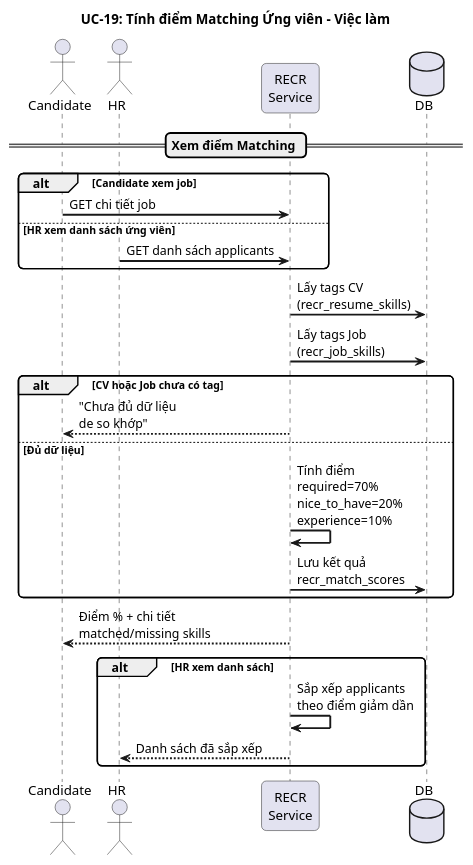
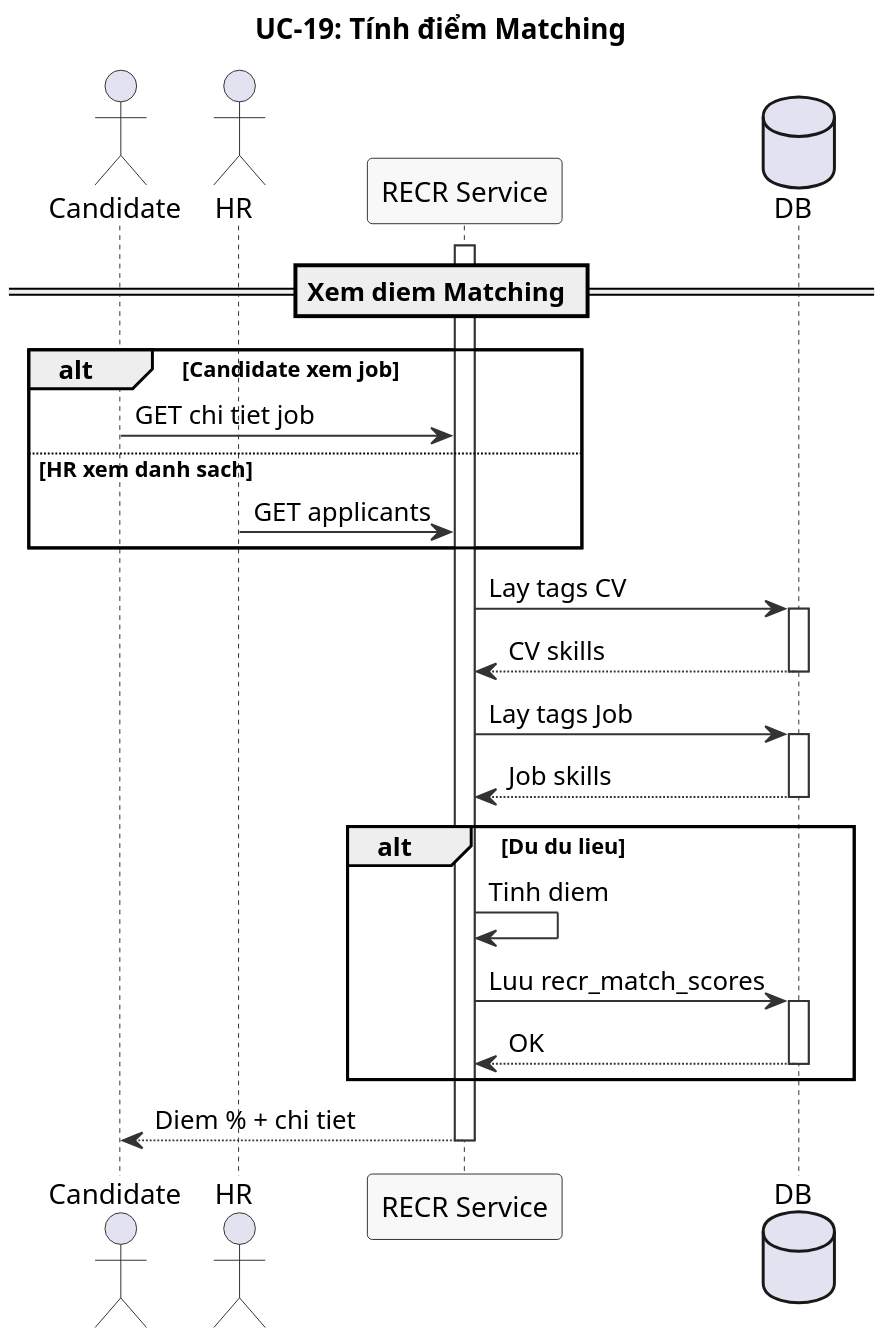
One commit to namnh240795/document changed the diagram in modules/recr/diagrams/sequence/uc19-matching-score-sequence.puml. Above: the diagram before and after it, drawn with PlantUML. The commit also changed 23 other files, not shown here.

First line of the commit message:
refactor(recr): standardize diagram style for UC-16 to UC-19

```diff
--- a/modules/recr/diagrams/sequence/uc19-matching-score-sequence.puml
+++ b/modules/recr/diagrams/sequence/uc19-matching-score-sequence.puml
@@ -1,37 +1,49 @@
-@startuml uc19-matching-score-sequence
-title UC-19: Tính điểm Matching Ứng viên - Việc làm
-skinparam backgroundColor white
-skinparam sequenceArrowThickness 2
-skinparam roundcorner 10
+@startuml
+' UC-19: Tính điểm Matching - Sơ đồ Chuỗi
+skinparam dpi 200
+skinparam sequence {
+  ArrowColor #333333
+  ActorBorderColor #333333
+  LifeLineBorderColor #333333
+  ParticipantBackgroundColor #F8F8F8
+  ParticipantBorderColor #333333
+}
+
+title UC-19: Tính điểm Matching
 
 actor "Candidate" as C
 actor "HR" as HR
-participant "RECR\nService" as R
+participant "RECR Service" as R
 database "DB" as DB
 
-== Xem điểm Matching ==
+== Xem diem Matching ==
 
 alt Candidate xem job
-  C -> R : GET chi tiết job
-else HR xem danh sách ứng viên
-  HR -> R : GET danh sách applicants
+  C -> R : GET chi tiet job
+else HR xem danh sach
+  HR -> R : GET applicants
+end
+activate R
+
+R -> DB : Lay tags CV
+activate DB
+DB --> R : CV skills
+deactivate DB
+
+R -> DB : Lay tags Job
+activate DB
+DB --> R : Job skills
+deactivate DB
+
+alt Du du lieu
+  R -> R : Tinh diem
+  R -> DB : Luu recr_match_scores
+  activate DB
+  DB --> R : OK
+  deactivate DB
 end
 
-R -> DB : Lấy tags CV\n(recr_resume_skills)
-R -> DB : Lấy tags Job\n(recr_job_skills)
-
-alt CV hoặc Job chưa có tag
-  R --> C : "Chưa đủ dữ liệu\nde so khớp"
-else Đủ dữ liệu
-  R -> R : Tính điểm\nrequired=70%\nnice_to_have=20%\nexperience=10%
-  R -> DB : Lưu kết quả\nrecr_match_scores
-end
-
-R --> C : Điểm % + chi tiết\nmatched/missing skills
-
-alt HR xem danh sách
-  R -> R : Sắp xếp applicants\ntheo điểm giảm dần
-  R --> HR : Danh sách đã sắp xếp
-end
+R --> C : Diem % + chi tiet
+deactivate R
 
 @enduml
```
